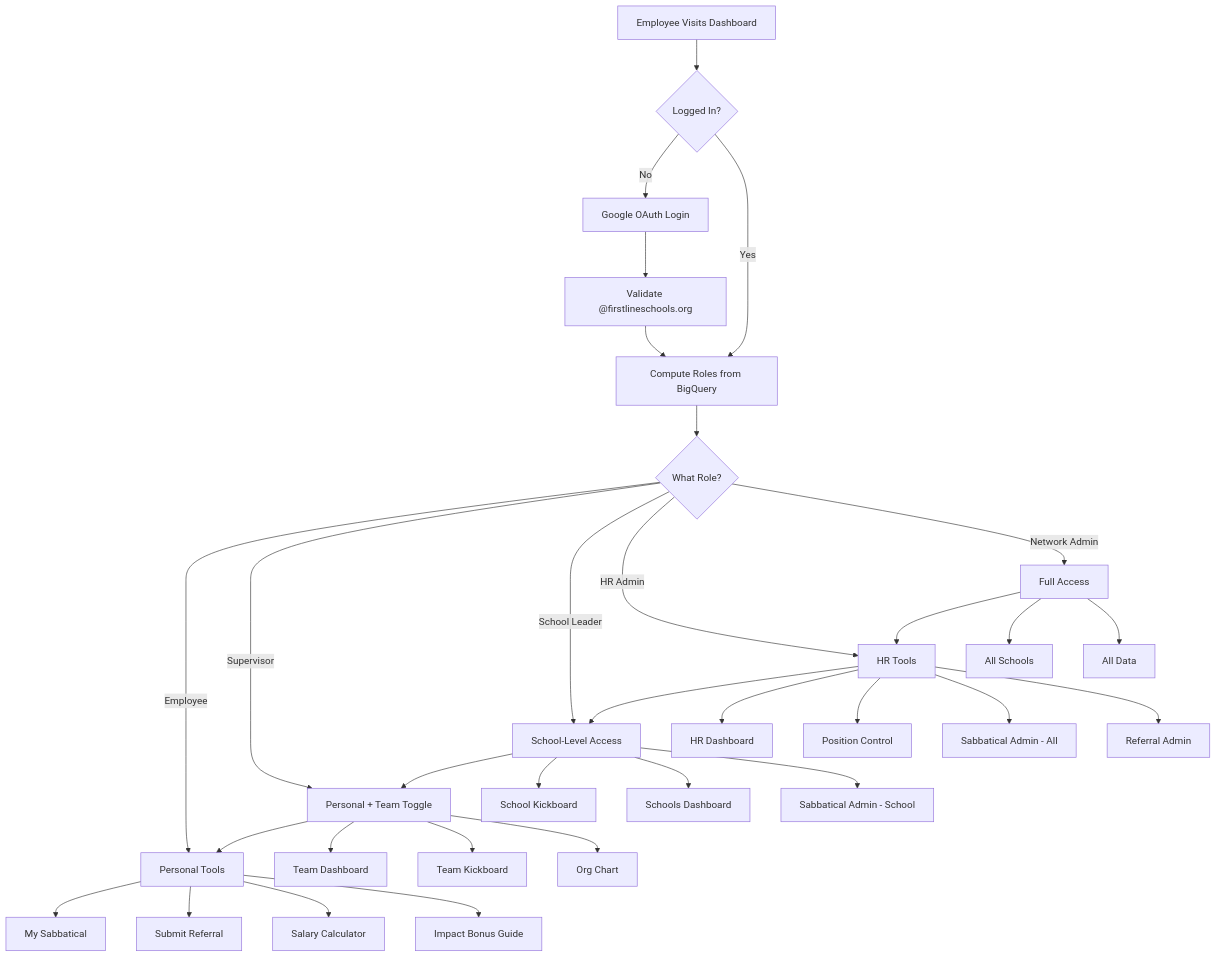
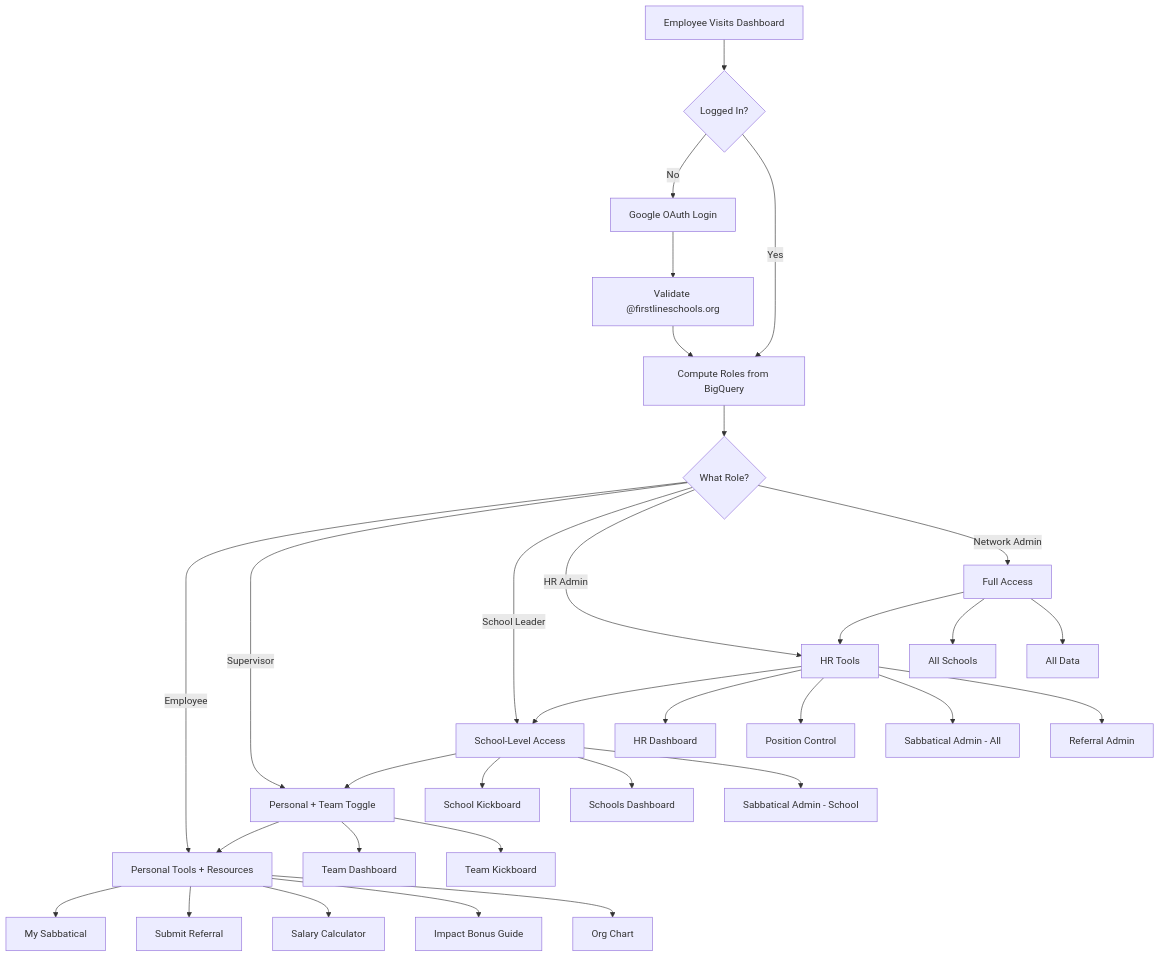
Before and after one commit to sshirey-png/bigquery-dashboards: the first of 2 diagrams in docs/EMPLOYEE_DASHBOARD_PLAN.md, drawn with Mermaid. The commit also changed other lines of this file, not shown here.

First line of the commit message:
Move Org Chart to Resources section in Employee Dashboard plan

````diff
--- a/docs/EMPLOYEE_DASHBOARD_PLAN.md
+++ b/docs/EMPLOYEE_DASHBOARD_PLAN.md
@@ -94,40 +94,40 @@
 ```mermaid
 graph TD
     A[Employee Visits Dashboard] --> B{Logged In?}
     B -->|No| C[Google OAuth Login]
     C --> D[Validate @firstlineschools.org]
     D --> E[Compute Roles from BigQuery]
     B -->|Yes| E
 
     E --> F{What Role?}
 
-    F -->|Employee| G[Personal Tools]
+    F -->|Employee| G[Personal Tools + Resources]
     G --> G1[My Sabbatical]
     G --> G2[Submit Referral]
     G --> G3[Salary Calculator]
     G --> G4[Impact Bonus Guide]
+    G --> G5[Org Chart]
 
     F -->|Supervisor| H[Personal + Team Toggle]
     H --> G
     H --> H1[Team Dashboard]
     H --> H2[Team Kickboard]
-    H --> H3[Org Chart]
 
     F -->|School Leader| I[School-Level Access]
     I --> H
     I --> I1[School Kickboard]
     I --> I2[Schools Dashboard]
     I --> I3[Sabbatical Admin - School]
 
     F -->|HR Admin| J[HR Tools]
     J --> I
     J --> J1[HR Dashboard]
     J --> J2[Position Control]
     J --> J3[Sabbatical Admin - All]
     J --> J4[Referral Admin]
 
     F -->|Network Admin| K[Full Access]
     K --> J
     K --> K1[All Schools]
     K --> K2[All Data]
 ```
````
